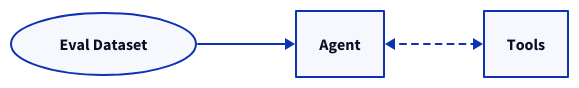
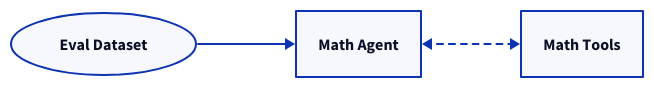
Before and after one commit to relari-ai/continuous-eval: the diagram in docs/src/content/docs/examples/End_to_End/3_simple_tool_evaluation.mdx, drawn with D2. The commit also changed 2 other files, not shown here.

Commit message:
synth-example in readme

````diff
--- a/docs/src/content/docs/examples/End_to_End/3_simple_tool_evaluation.mdx
+++ b/docs/src/content/docs/examples/End_to_End/3_simple_tool_evaluation.mdx
@@ -9,10 +9,10 @@
 ```d2
 direction: right
 Dataset: Eval Dataset
 Dataset.shape: oval
 direction: right
-Dataset -> Agent
-Agent <--> Tools {
+Dataset -> Math Agent
+Math Agent <-> Math Tools {
     style.stroke-dash: 3
   }
 ```
````
